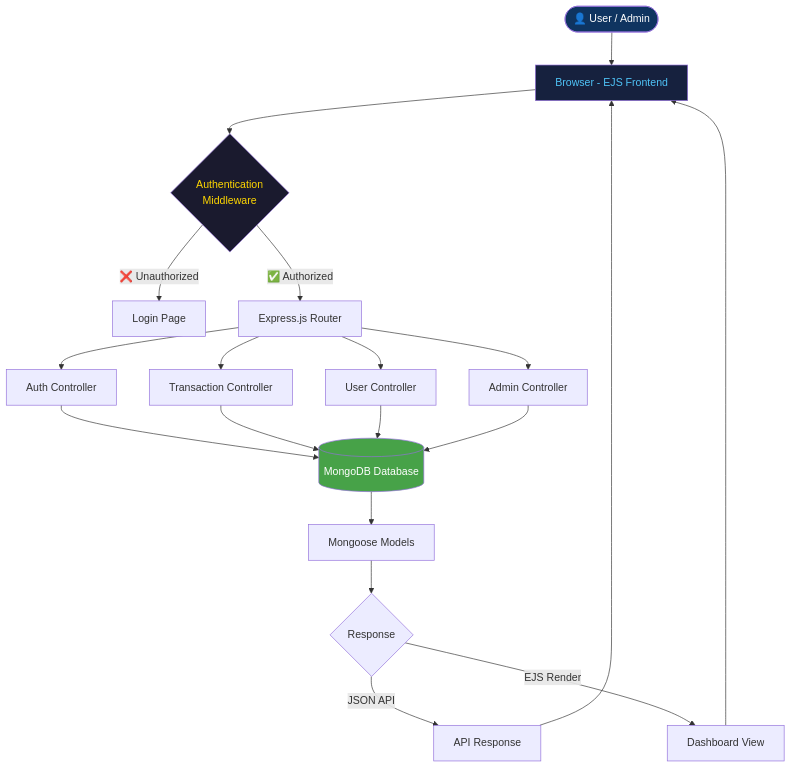
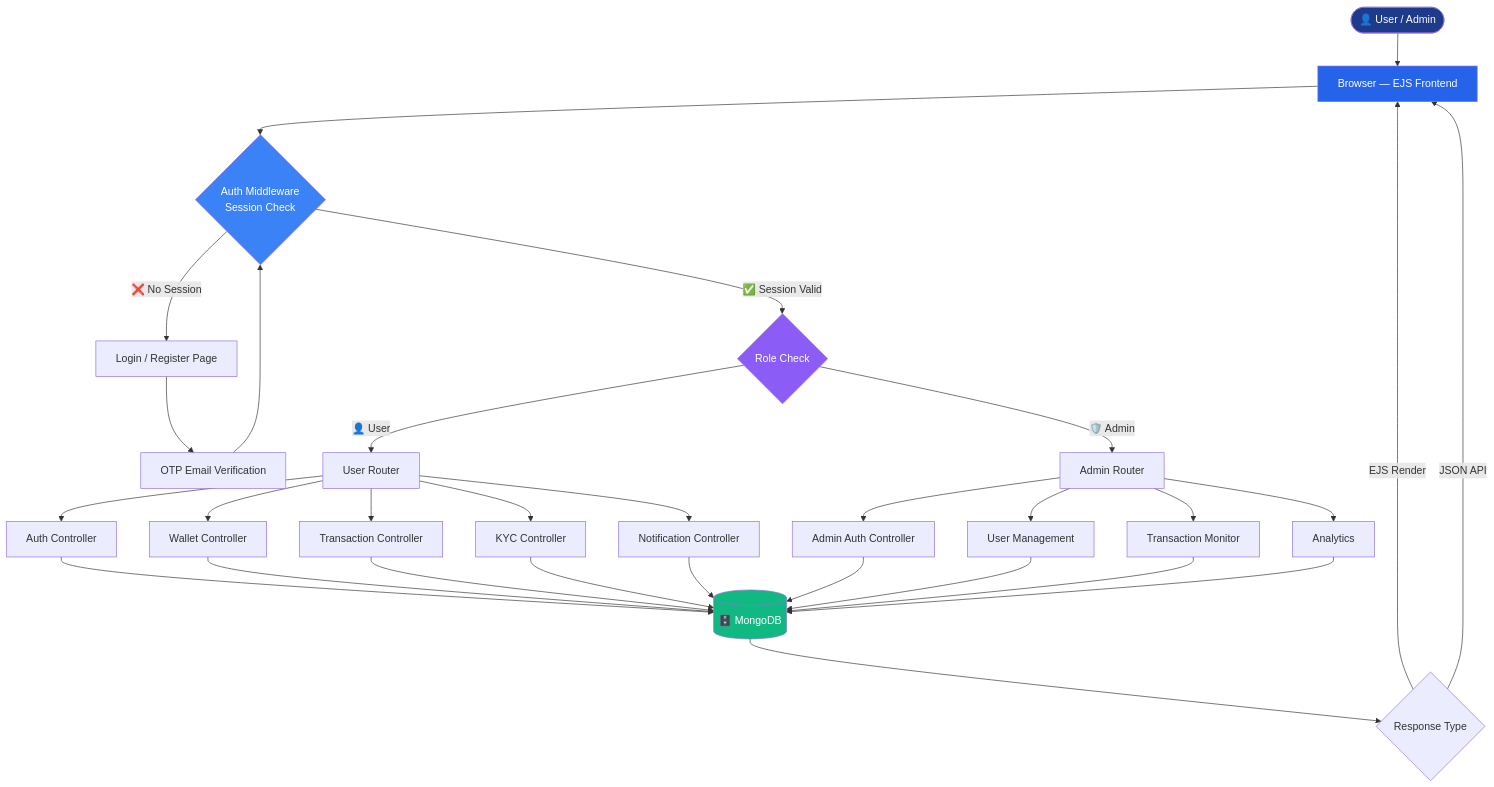
Before and after one commit to lucifers-0666/ZenoPay-V1: the first of 4 diagrams in README.md, drawn with Mermaid. The commit also changed other lines of this file, not shown here.

````diff
--- a/README.md
+++ b/README.md
@@ -133,28 +124,38 @@
 ```mermaid
 flowchart TD
-    A([👤 User / Admin]) --> B[Browser - EJS Frontend]
-    B --> C{Authentication\nMiddleware}
-    C -- ❌ Unauthorized --> D[Login Page]
-    C -- ✅ Authorized --> E[Express.js Router]
+    A([👤 User / Admin]) --> B[Browser — EJS Frontend]
+    B --> C{Auth Middleware\nSession Check}
 
-    E --> F[Auth Controller]
-    E --> G[Transaction Controller]
-    E --> H[User Controller]
-    E --> I[Admin Controller]
+    C -- ❌ No Session --> D[Login / Register Page]
+    D --> E[OTP Email Verification]
+    E --> C
 
-    F & G & H & I --> J[(MongoDB Database)]
+    C -- ✅ Session Valid --> F{Role Check}
 
-    J --> K[Mongoose Models]
-    K --> L{Response}
+    F -- 👤 User --> G[User Router]
+    F -- 🛡️ Admin --> H[Admin Router]
 
-    L -- JSON API --> M[API Response]
-    L -- EJS Render --> N[Dashboard View]
+    G --> G1[Auth Controller]
+    G --> G2[Wallet Controller]
+    G --> G3[Transaction Controller]
+    G --> G4[KYC Controller]
+    G --> G5[Notification Controller]
 
-    N --> B
-    M --> B
+    H --> H1[Admin Auth Controller]
+    H --> H2[User Management]
+    H --> H3[Transaction Monitor]
+    H --> H4[Analytics]
 
-    style A fill:#0f3460,color:#fff
-    style B fill:#16213e,color:#4fc3f7
-    style J fill:#47A248,color:#fff
-    style C fill:#1a1a2e,color:#ffd700
+    G1 & G2 & G3 & G4 & G5 --> DB[(🗄️ MongoDB)]
+    H1 & H2 & H3 & H4 --> DB
+
+    DB --> RES{Response Type}
+    RES -- EJS Render --> B
+    RES -- JSON API --> B
+
+    style A fill:#1E3A8A,color:#fff
+    style DB fill:#10B981,color:#fff
+    style C fill:#3B82F6,color:#fff
+    style F fill:#8B5CF6,color:#fff
+    style B fill:#2563EB,color:#fff
 ```
````
